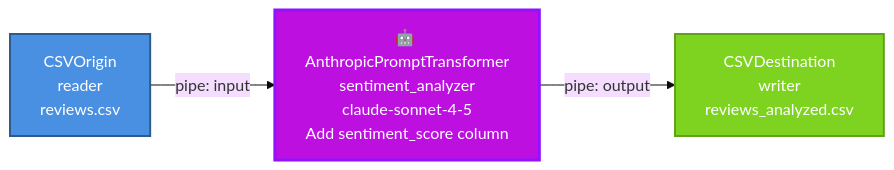
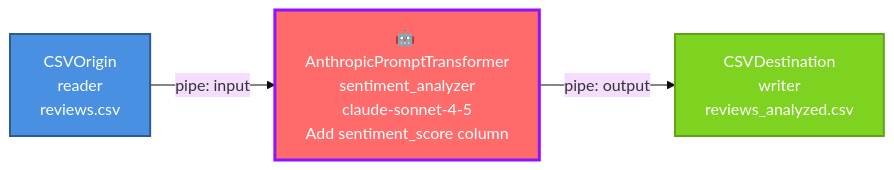
One commit to bernardo-colorado-dubois/open-stage changed the third of 4 diagrams in README.md. Above: the diagram before and after it, drawn with Mermaid (base theme).

Commit message:
agregando diagramas en ejemplos de markdown

````diff
--- a/README.md
+++ b/README.md
@@ -274,13 +274,13 @@
 ```mermaid
 graph LR
     A[CSVOrigin<br/>reader<br/>reviews.csv] -->|pipe: input| B[🤖 AnthropicPromptTransformer<br/>sentiment_analyzer<br/>claude-sonnet-4-5<br/>Add sentiment_score column]
     B -->|pipe: output| C[CSVDestination<br/>writer<br/>reviews_analyzed.csv]
     
     style A fill:#4A90E2,stroke:#2E5C8A,stroke-width:2px,color:#fff
-    style B fill:#BD10E0,stroke:#9012FE,stroke-width:3px,color:#fff
+    style B fill:#FF6B6B,stroke:#9012FE,stroke-width:3px,color:#fff
     style C fill:#7ED321,stroke:#5FA319,stroke-width:2px,color:#fff
     
     classDef origin fill:#4A90E2,stroke:#2E5C8A,stroke-width:2px,color:#fff
-    classDef ai fill:#BD10E0,stroke:#9012FE,stroke-width:3px,color:#fff
+    classDef ai fill:#FF6B6B,stroke:#9012FE,stroke-width:3px,color:#fff
     classDef destination fill:#7ED321,stroke:#5FA319,stroke-width:2px,color:#fff
 ```
````
